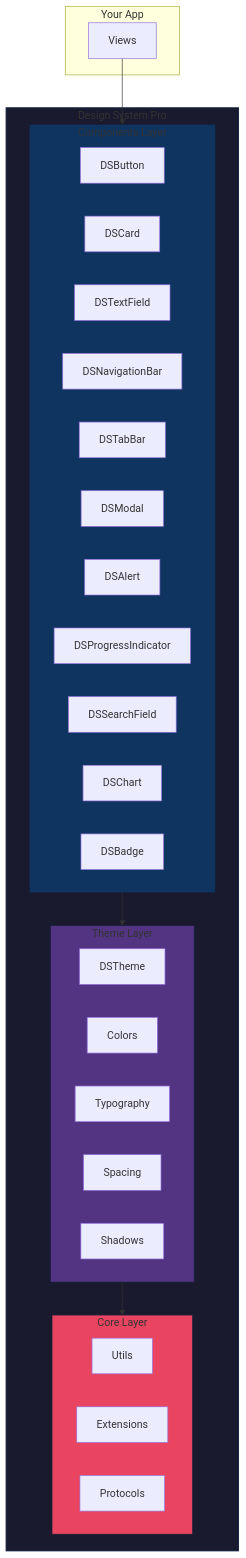
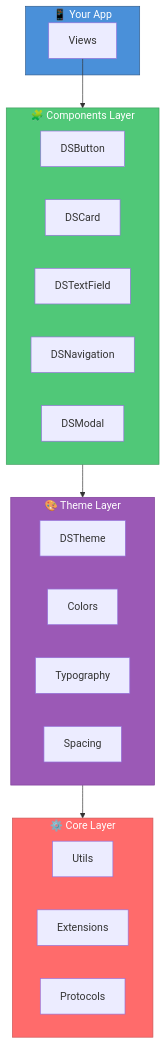
The first of 2 diagrams in README.md (muhittincamdali/SwiftUI-Design-System-Pro), drawn with Mermaid before and after one commit. The commit also changed other lines of this file, not shown here.

````diff
--- a/README.md
+++ b/README.md
@@ -77,45 +60,36 @@
 ```mermaid
 graph TB
-    subgraph App["Your App"]
+    subgraph App["📱 Your App"]
         V[Views]
     end
     
-    subgraph DS["Design System Pro"]
-        subgraph Components["Components Layer"]
-            B[DSButton]
-            C[DSCard]
-            T[DSTextField]
-            N[DSNavigationBar]
-            TB[DSTabBar]
-            M[DSModal]
-            A[DSAlert]
-            P[DSProgressIndicator]
-            S[DSSearchField]
-            CH[DSChart]
-            BD[DSBadge]
-        end
-        
-        subgraph Theme["Theme Layer"]
-            TH[DSTheme]
-            CL[Colors]
-            TY[Typography]
-            SP[Spacing]
-            SH[Shadows]
-        end
-        
-        subgraph Core["Core Layer"]
-            UT[Utils]
-            EX[Extensions]
-            PR[Protocols]
-        end
+    subgraph Components["🧩 Components Layer"]
+        B[DSButton]
+        C[DSCard]
+        T[DSTextField]
+        N[DSNavigation]
+        M[DSModal]
+    end
+    
+    subgraph Theme["🎨 Theme Layer"]
+        TH[DSTheme]
+        CL[Colors]
+        TY[Typography]
+        SP[Spacing]
+    end
+    
+    subgraph Core["⚙️ Core Layer"]
+        UT[Utils]
+        EX[Extensions]
+        PR[Protocols]
     end
     
     V --> Components
     Components --> Theme
     Theme --> Core
     
-    style DS fill:#1a1a2e,stroke:#16213e,stroke-width:2px
-    style Components fill:#0f3460,stroke:#16213e
-    style Theme fill:#533483,stroke:#16213e
-    style Core fill:#e94560,stroke:#16213e
+    style App fill:#4A90D9,stroke:#2E5A8B,color:#fff
+    style Components fill:#50C878,stroke:#3D9B5C,color:#fff
+    style Theme fill:#9B59B6,stroke:#7D3C98,color:#fff
+    style Core fill:#FF6B6B,stroke:#CC5555,color:#fff
 ```
````
